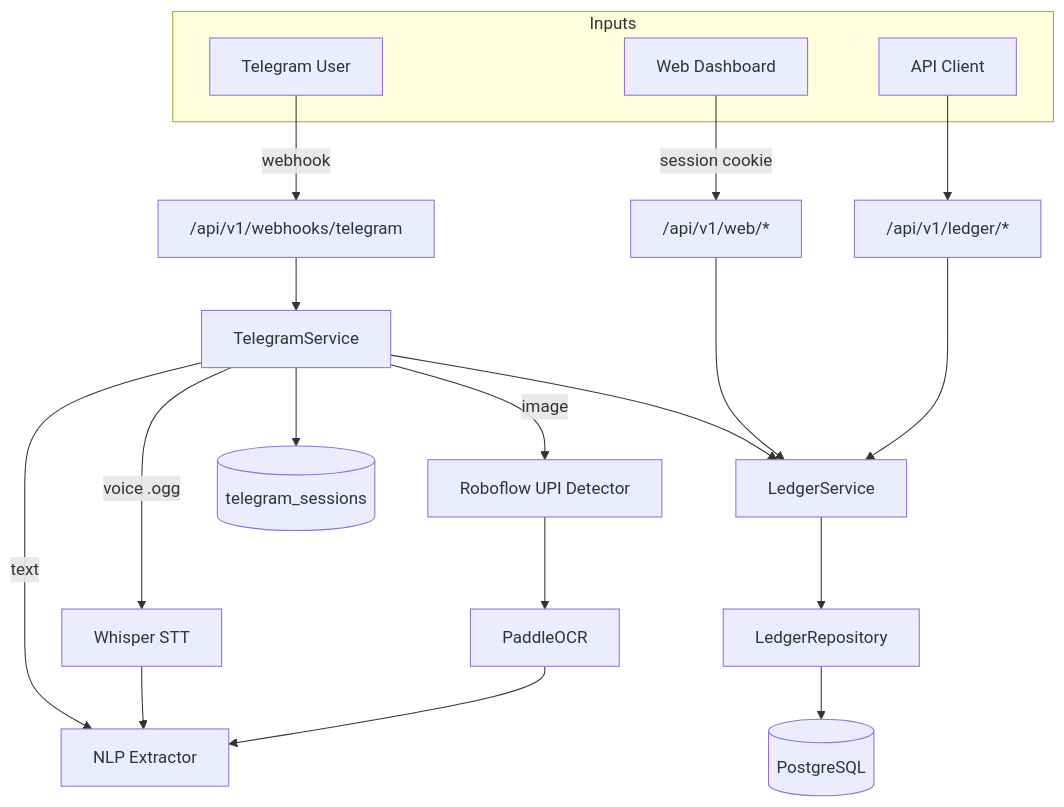
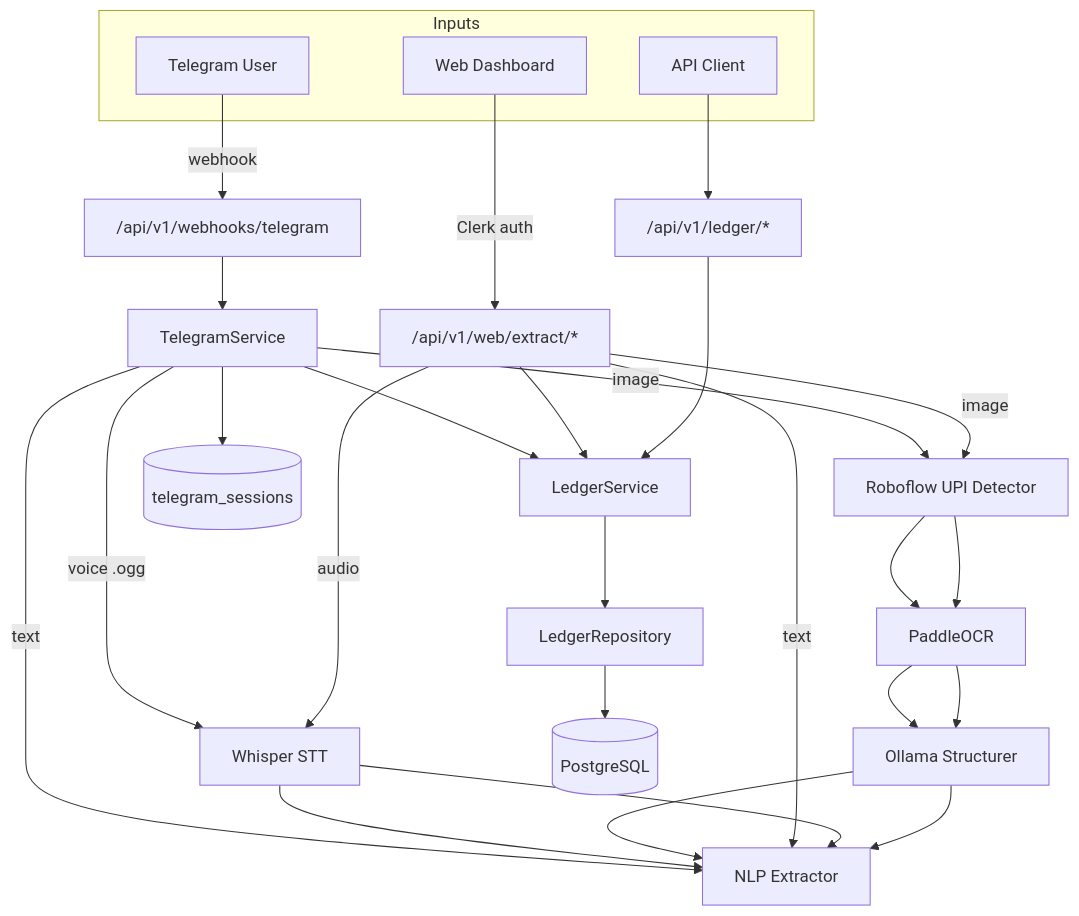
The diagram in context.md (SOGeKING-NUL/Fold), drawn with Mermaid before and after one commit. The commit also changed other lines of this file and 14 other files, not shown here.

````diff
--- a/context.md
+++ b/context.md
@@ -57,28 +61,31 @@
 ```mermaid
 flowchart TD
     subgraph Inputs
         TG[Telegram User]
         WEB[Web Dashboard]
         API[API Client]
     end
 
     TG -->|webhook| WEBHOOK["/api/v1/webhooks/telegram"]
     WEBHOOK --> TG_SVC[TelegramService]
 
     TG_SVC -->|text| NLP[NLP Extractor]
     TG_SVC -->|voice .ogg| STT[Whisper STT] --> NLP
-    TG_SVC -->|image| ROBO[Roboflow UPI Detector] --> OCR[PaddleOCR] --> NLP
+    TG_SVC -->|image| ROBO[Roboflow UPI Detector] --> OCR[PaddleOCR] --> OLLAMA[Ollama Structurer] --> NLP
 
     TG_SVC --> LEDGER_SVC[LedgerService]
 
-    WEB -->|session cookie| WEB_CTRL["/api/v1/web/*"]
+    WEB -->|Clerk auth| WEB_CTRL["/api/v1/web/extract/*"]
+    WEB_CTRL -->|text| NLP
+    WEB_CTRL -->|audio| STT --> NLP
+    WEB_CTRL -->|image| ROBO --> OCR --> OLLAMA --> NLP
     WEB_CTRL --> LEDGER_SVC
 
     API --> LEDGER_API["/api/v1/ledger/*"]
     LEDGER_API --> LEDGER_SVC
 
     LEDGER_SVC --> REPO[LedgerRepository]
     REPO --> DB[(PostgreSQL)]
 
     TG_SVC --> SESSIONS[(telegram_sessions)]
 ```
````
